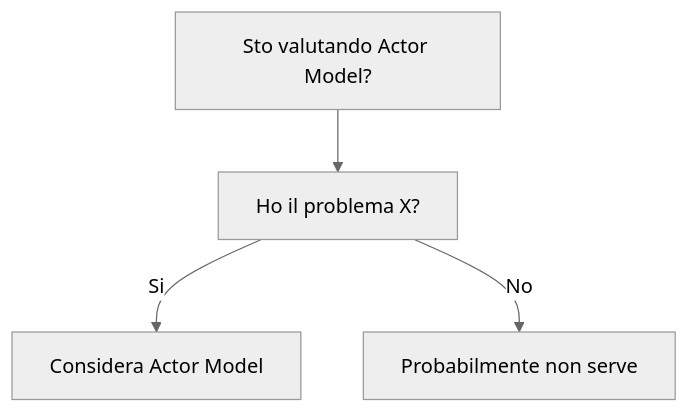
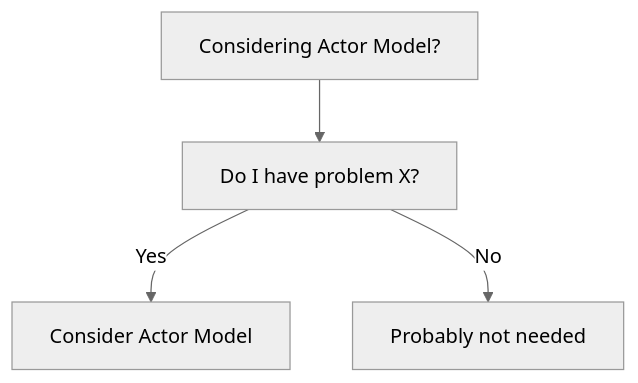
One commit to HxT9/Software-Dev-Wiki changed the diagram in dev-wiki/04_Concurrency/Actor_Model/When_To_Use.md. Above: the diagram before and after it, drawn with Mermaid (neutral theme). The commit also changed other lines of this file and 3444 other files, not shown here.

````diff
--- a/dev-wiki/04_Concurrency/Actor_Model/When_To_Use.md
+++ b/dev-wiki/04_Concurrency/Actor_Model/When_To_Use.md
@@ -19,6 +19,6 @@
 ```mermaid
 flowchart TD
-  Q[Sto valutando Actor Model?] --> Q1[Ho il problema X?]
-  Q1 -->|Si| OK[Considera Actor Model]
-  Q1 -->|No| NO[Probabilmente non serve]
+  Q[Considering Actor Model?] --> Q1[Do I have problem X?]
+  Q1 -->|Yes| OK[Consider Actor Model]
+  Q1 -->|No| NO[Probably not needed]
 ```
````
